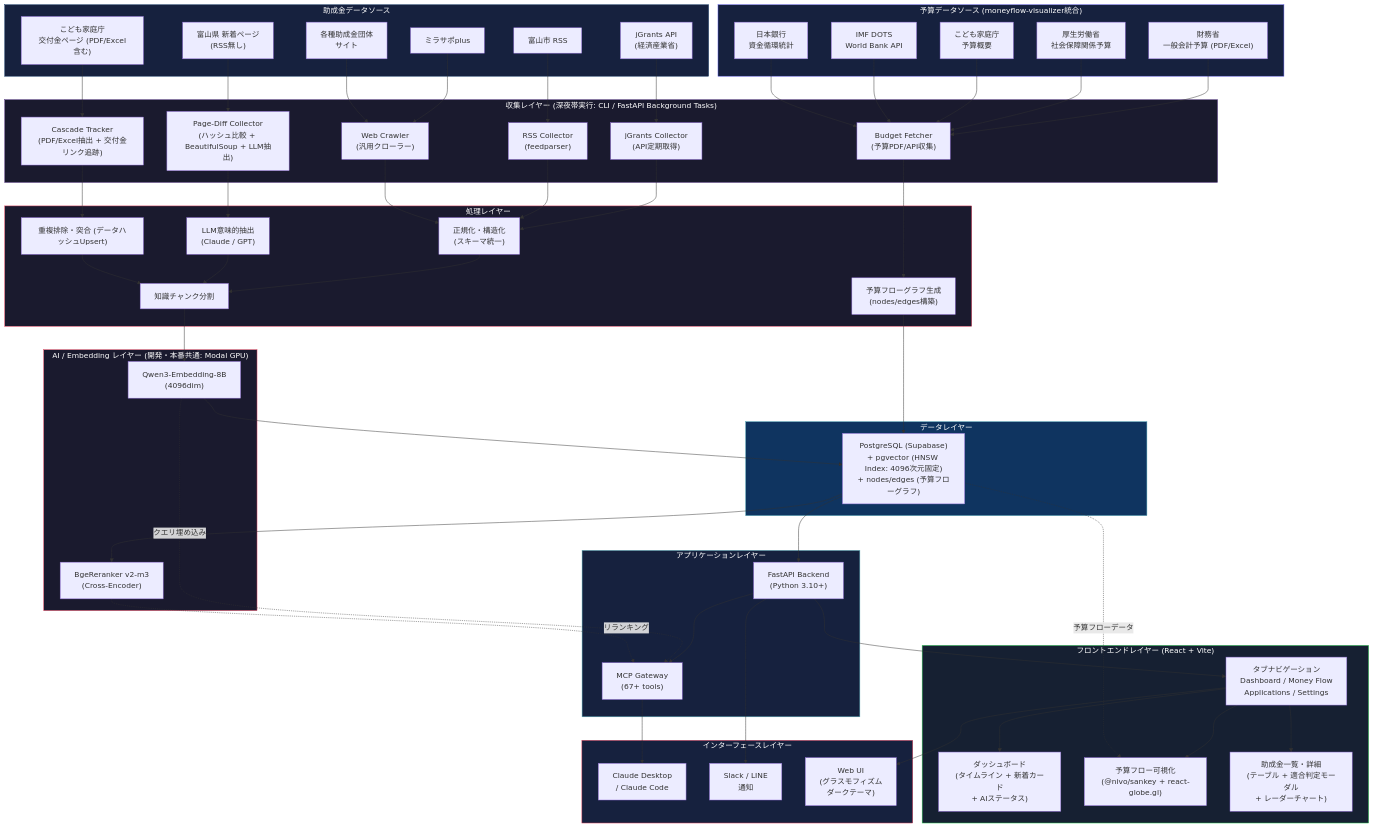
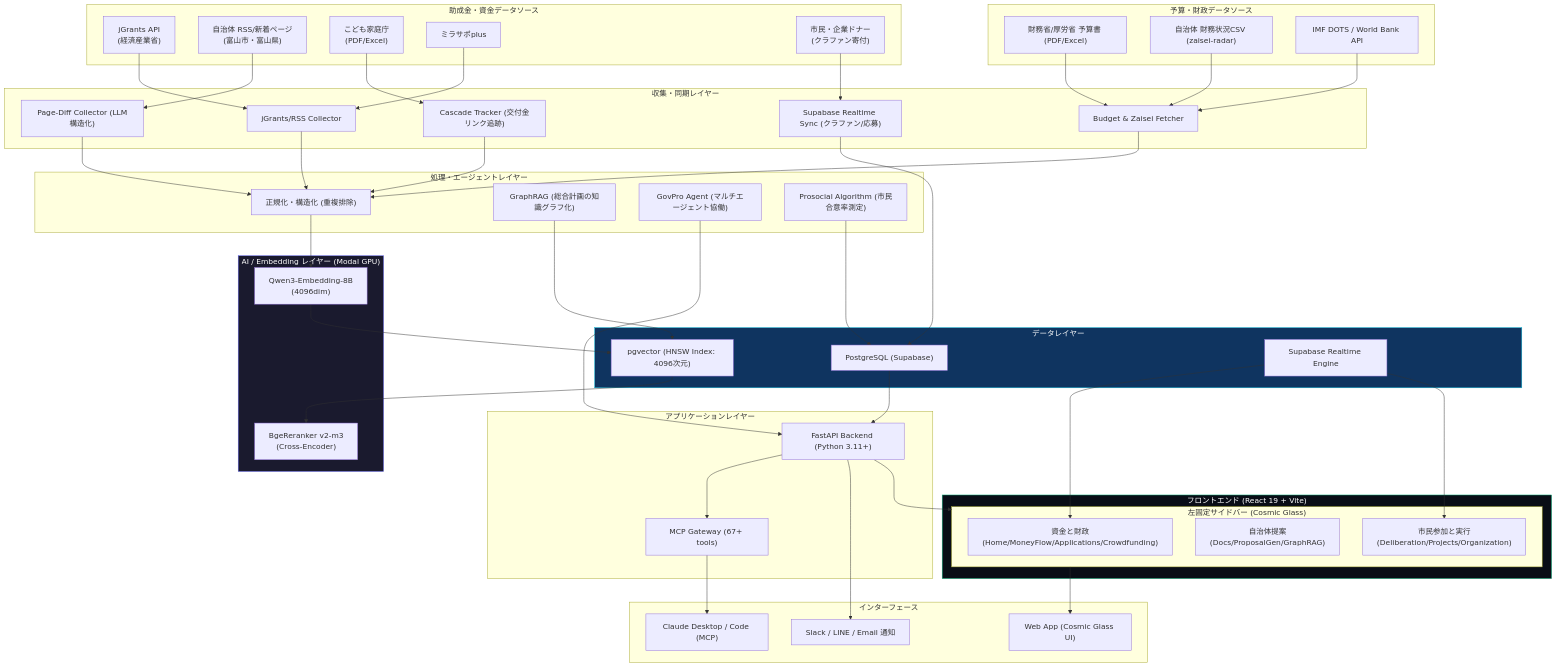
Before and after one commit to t012093/auto-grants-integrated: the first of 3 diagrams in docs/architecture.md, drawn with Mermaid. The commit also changed other lines of this file and 5 other files, not shown here.

````diff
--- a/docs/architecture.md
+++ b/docs/architecture.md
@@ -11,118 +11,99 @@
 ```mermaid
 graph TD
-    subgraph GrantSources["助成金データソース"]
-        DS1["jGrants API<br/>(経済産業省)"]
-        DS2["富山市 RSS"]
-        DS3["富山県 新着ページ<br/>(RSS無し)"]
-        DS4["こども家庭庁<br/>交付金ページ (PDF/Excel含む)"]
-        DS5["ミラサポplus"]
-        DS6["各種助成金団体<br/>サイト"]
+    subgraph GrantSources["助成金・資金データソース"]
+        DS1["jGrants API<br>(経済産業省)"]
+        DS2["自治体 RSS/新着ページ<br>(富山市・富山県)"]
+        DS3["こども家庭庁<br>(PDF/Excel)"]
+        DS4["ミラサポplus"]
+        DS5["市民・企業ドナー<br>(クラファン寄付)"]
     end
 
-    subgraph BudgetSources["予算データソース (moneyflow-visualizer統合)"]
-        BS1["財務省<br/>一般会計予算 (PDF/Excel)"]
-        BS2["厚生労働省<br/>社会保障関係予算"]
-        BS3["こども家庭庁<br/>予算概要"]
-        BS4["IMF DOTS<br/>World Bank API"]
-        BS5["日本銀行<br/>資金循環統計"]
+    subgraph BudgetSources["予算・財政データソース"]
+        BS1["財務省/厚労省 予算書 (PDF/Excel)"]
+        BS2["自治体 財務状況CSV (zaisei-radar)"]
+        BS3["IMF DOTS / World Bank API"]
     end
 
-    subgraph Collectors["収集レイヤー (深夜帯実行: CLI / FastAPI Background Tasks)"]
-        CL1["jGrants Collector<br/>(API定期取得)"]
-        CL2["RSS Collector<br/>(feedparser)"]
-        CL3["Page-Diff Collector<br/>(ハッシュ比較 + BeautifulSoup + LLM抽出)"]
-        CL4["Cascade Tracker<br/>(PDF/Excel抽出 + 交付金リンク追跡)"]
-        CL5["Web Crawler<br/>(汎用クローラー)"]
-        CL6["Budget Fetcher<br/>(予算PDF/API収集)"]
+    subgraph Collectors["収集・同期レイヤー"]
+        CL1["jGrants/RSS Collector"]
+        CL2["Page-Diff Collector (LLM構造化)"]
+        CL3["Cascade Tracker (交付金リンク追跡)"]
+        CL4["Budget & Zaisei Fetcher"]
+        CL5["Supabase Realtime Sync (クラファン/応募)"]
     end
 
-    subgraph Processing["処理レイヤー"]
-        PR1["正規化・構造化<br/>(スキーマ統一)"]
-        PR2["LLM意味的抽出<br/>(Claude / GPT)"]
-        PR3["重複排除・突合 (データハッシュUpsert)"]
-        PR4["知識チャンク分割"]
-        PR5["予算フローグラフ生成<br/>(nodes/edges構築)"]
+    subgraph Processing["処理・エージェントレイヤー"]
+        PR1["正規化・構造化 (重複排除)"]
+        PR2["GraphRAG (総合計画の知識グラフ化)"]
+        PR3["GovPro Agent (マルチエージェント協働)"]
+        PR4["Prosocial Algorithm (市民合意率測定)"]
     end
 
-    subgraph ModalAI["AI / Embedding レイヤー (開発・本番共通: Modal GPU)"]
-        AI1["Qwen3-Embedding-8B<br/>(4096dim)"]
-        AI2["BgeReranker v2-m3<br/>(Cross-Encoder)"]
+    subgraph ModalAI["AI / Embedding レイヤー (Modal GPU)"]
+        AI1["Qwen3-Embedding-8B<br>(4096dim)"]
+        AI2["BgeReranker v2-m3<br>(Cross-Encoder)"]
     end
 
     subgraph DataLayer["データレイヤー"]
-        DB["PostgreSQL (Supabase)<br/>+ pgvector (HNSW Index: 4096次元固定)<br/>+ nodes/edges (予算フローグラフ)"]
+        DB["PostgreSQL (Supabase)"]
+        DB_V["pgvector (HNSW Index: 4096次元)"]
+        DB_R["Supabase Realtime Engine"]
     end
 
     subgraph AppLayer["アプリケーションレイヤー"]
-        API["FastAPI Backend<br/>(Python 3.10+)"]
-        MCP["MCP Gateway<br/>(67+ tools)"]
+        API["FastAPI Backend (Python 3.11+)"]
+        MCP["MCP Gateway (67+ tools)"]
     end
 
-    subgraph FrontendLayer["フロントエンドレイヤー (React + Vite)"]
-        FE_NAV["タブナビゲーション<br/>Dashboard / Money Flow<br/>Applications / Settings"]
-        FE_DASH["ダッシュボード<br/>(タイムライン + 新着カード<br/>+ AIステータス)"]
-        FE_FLOW["予算フロー可視化<br/>(@nivo/sankey + react-globe.gl)"]
-        FE_APP["助成金一覧・詳細<br/>(テーブル + 適合判定モーダル<br/>+ レーダーチャート)"]
+    subgraph FrontendLayer["フロントエンド (React 19 + Vite)"]
+        subgraph SidebarNav["左固定サイドバー (Cosmic Glass)"]
+            SB_FND["資金と財政<br>(Home/MoneyFlow/Applications/Crowdfunding)"]
+            SB_GOV["自治体提案<br>(Docs/ProposalGen/GraphRAG)"]
+            SB_CIV["市民参加と実行<br>(Deliberation/Projects/Organization)"]
+        end
     end
 
-    subgraph Interface["インターフェースレイヤー"]
-        IF1["Claude Desktop<br/>/ Claude Code"]
-        IF2["Slack / LINE<br/>通知"]
-        IF3["Web UI<br/>(グラスモフィズム<br/>ダークテーマ)"]
+    subgraph Interface["インターフェース"]
+        IF1["Claude Desktop / Code (MCP)"]
+        IF2["Slack / LINE / Email 通知"]
+        IF3["Web App (Cosmic Glass UI)"]
     end
 
     DS1 --> CL1
     DS2 --> CL2
     DS3 --> CL3
-    DS4 --> CL4
+    DS4 --> CL1
     DS5 --> CL5
-    DS6 --> CL5
 
-    BS1 --> CL6
-    BS2 --> CL6
-    BS3 --> CL6
-    BS4 --> CL6
-    BS5 --> CL6
+    BS1 --> CL4
+    BS2 --> CL4
+    BS3 --> CL4
 
     CL1 --> PR1
     CL2 --> PR1
-    CL3 --> PR2
-    CL4 --> PR3
-    CL5 --> PR1
-    CL6 --> PR5
+    CL3 --> PR1
+    CL4 --> PR1
+    CL5 --> DB
 
-    PR1 --> PR4
-    PR2 --> PR4
-    PR3 --> PR4
-    PR5 --> DB
-
-    PR4 --> AI1
-    AI1 --> DB
-    DB --> AI2
+    PR1 --> AI1
+    AI1 --> DB_V
+    PR2 --> DB_V
+    PR3 --> API
+    PR4 --> DB
 
     DB --> API
+    DB_V --> AI2
+    DB_R --> SB_FND
+    DB_R --> SB_CIV
+
     API --> MCP
-    API --> FE_NAV
-
-    FE_NAV --> FE_DASH
-    FE_NAV --> FE_FLOW
-    FE_NAV --> FE_APP
+    API --> SidebarNav
 
     MCP --> IF1
     API --> IF2
-    FE_NAV --> IF3
+    SidebarNav --> IF3
 
-    AI1 -.->|"クエリ埋め込み"| MCP
-    AI2 -.->|"リランキング"| MCP
-    DB -.->|"予算フローデータ"| FE_FLOW
-
-    style ModalAI fill:#1a1a2e,stroke:#e94560,color:#fff
-    style GrantSources fill:#16213e,stroke:#0f3460,color:#fff
-    style BudgetSources fill:#16213e,stroke:#5e5ce6,color:#fff
-    style Collectors fill:#1a1a2e,stroke:#533483,color:#fff
-    style Processing fill:#1a1a2e,stroke:#e94560,color:#fff
-    style DataLayer fill:#0f3460,stroke:#53a8b6,color:#fff
-    style AppLayer fill:#16213e,stroke:#53a8b6,color:#fff
-    style FrontendLayer fill:#162032,stroke:#30d158,color:#fff
-    style Interface fill:#16213e,stroke:#e94560,color:#fff
+    style ModalAI fill:#1a1a2e,stroke:#6366f1,color:#fff
+    style DataLayer fill:#0f3460,stroke:#06b6d4,color:#fff
+    style FrontendLayer fill:#090d16,stroke:#10b981,color:#fff
 ```
````
